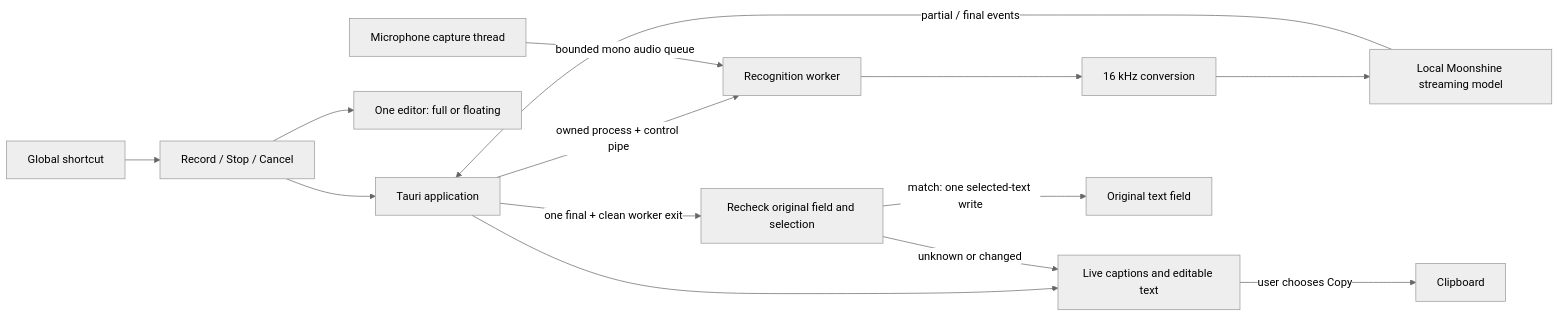
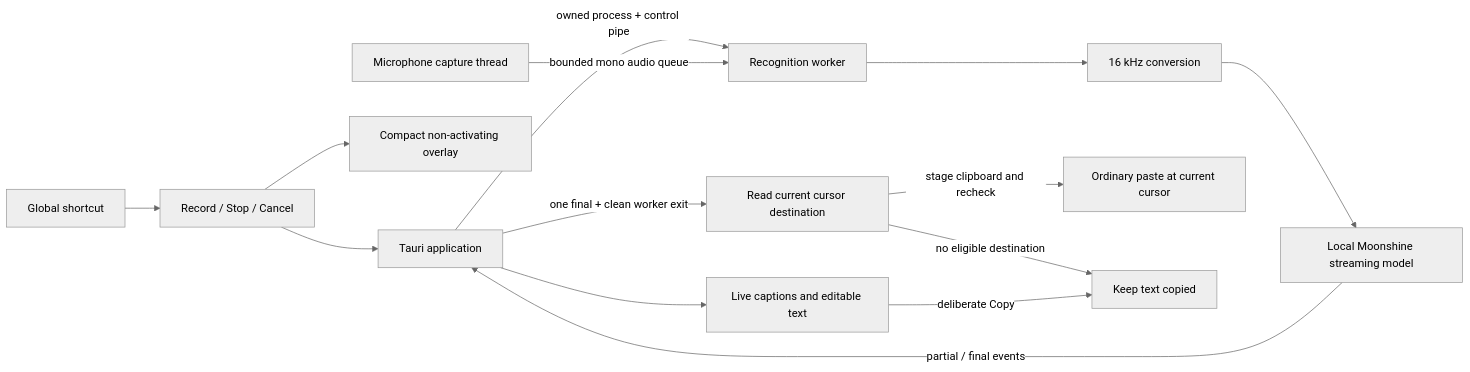
The diagram in README.md (akashub/logia), drawn with Mermaid (neutral theme) before and after one commit. The commit also changed other lines of this file and 108 other files, not shown here.

````diff
--- a/README.md
+++ b/README.md
@@ -33,16 +37,16 @@
 ```mermaid
 flowchart LR
     Shortcut[Global shortcut] --> UI
     UI[Record / Stop / Cancel] --> Parent[Tauri application]
-    UI --> View[One editor: full or floating]
+    UI --> View[Compact non-activating overlay]
     Parent -->|owned process + control pipe| Worker[Recognition worker]
     Mic[Microphone capture thread] -->|bounded mono audio queue| Worker
     Worker --> Resample[16 kHz conversion]
     Resample --> Model[Local Moonshine streaming model]
     Model -->|partial / final events| Parent
     Parent --> Caption[Live captions and editable text]
-    Parent -->|one final + clean worker exit| Check[Recheck original field and selection]
-    Check -->|match: one selected-text write| Field[Original text field]
-    Check -->|unknown or changed| Caption
-    Caption -->|user chooses Copy| Clipboard[Clipboard]
+    Parent -->|one final + clean worker exit| Check[Read current cursor destination]
+    Check -->|stage clipboard and recheck| Field[Ordinary paste at current cursor]
+    Check -->|no eligible destination| Clipboard[Keep text copied]
+    Caption -->|deliberate Copy| Clipboard
 ```
````
